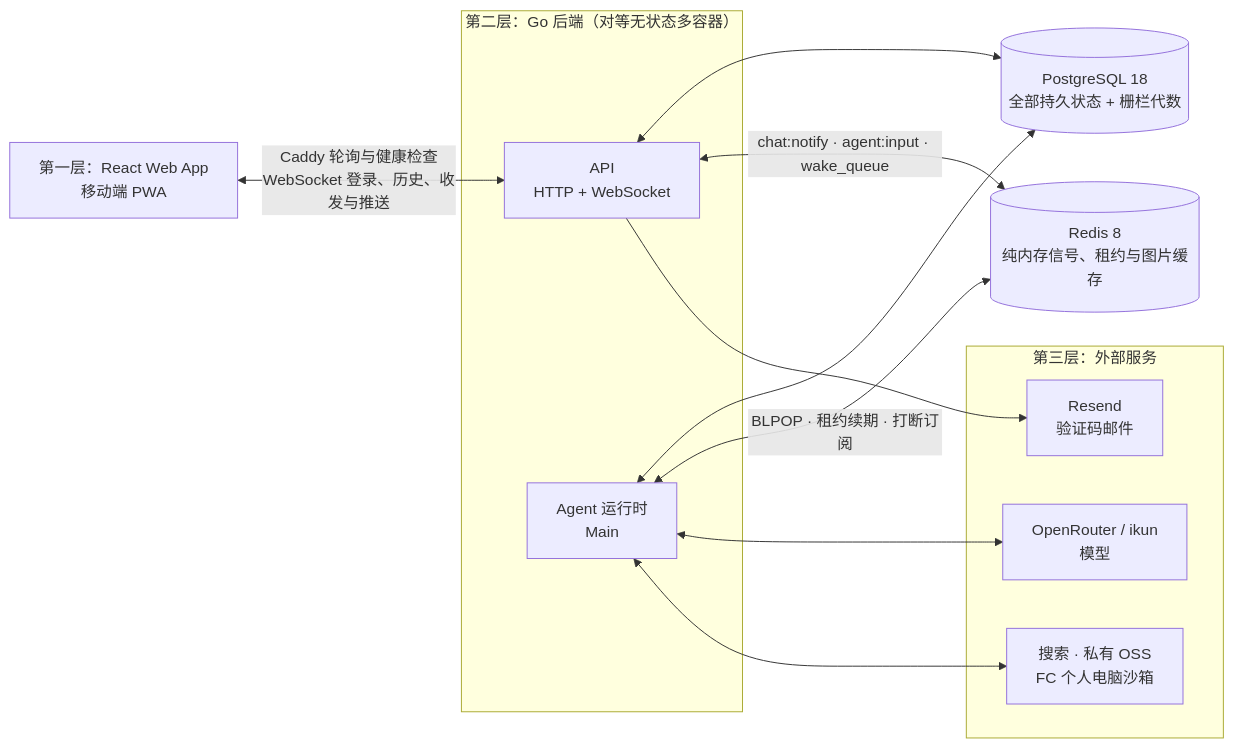
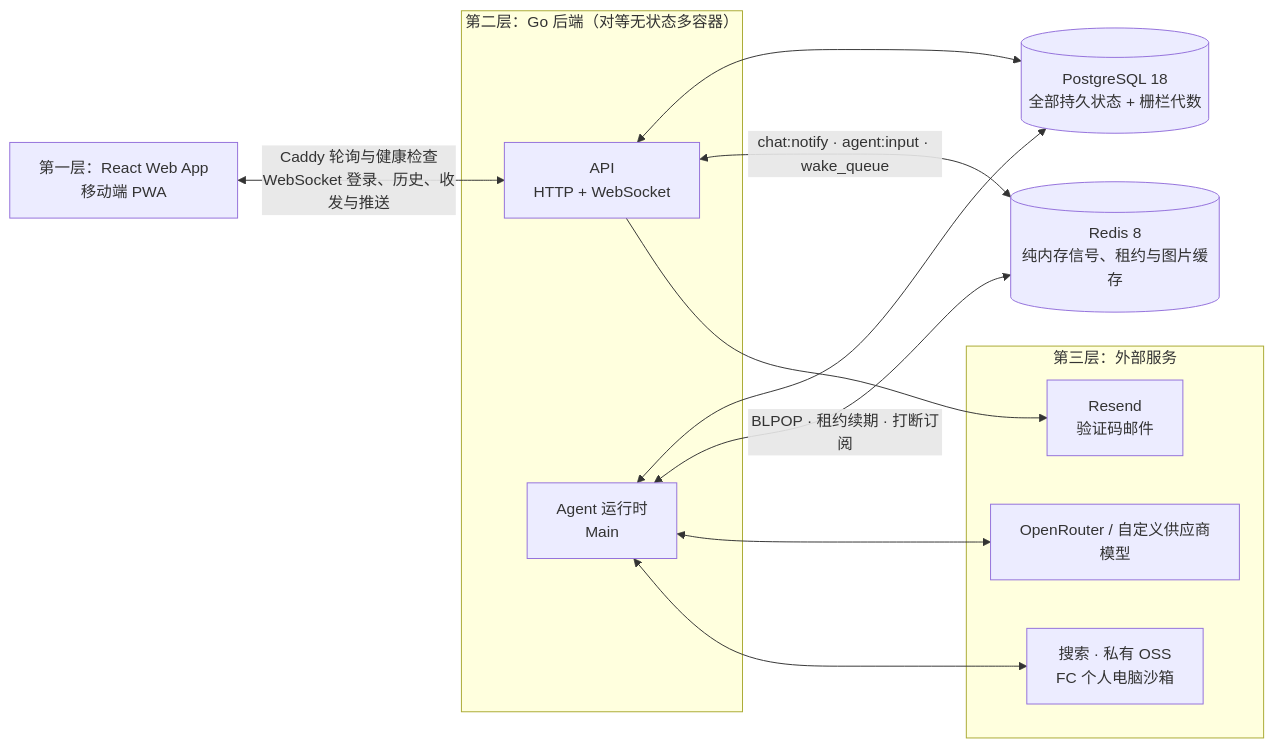
One commit to OmniNetOpensource/aether-personal changed the diagram in docs/wiki/01-overview.md. Above: the diagram before and after it, drawn with Mermaid. The commit also changed other lines of this file and 39 other files, not shown here.

````diff
--- a/docs/wiki/01-overview.md
+++ b/docs/wiki/01-overview.md
@@ -24,24 +24,24 @@
 ```mermaid
 flowchart LR
     APP["第一层：React Web App<br/>移动端 PWA"]
     subgraph BACKEND["第二层：Go 后端（对等无状态多容器）"]
         API["API<br/>HTTP + WebSocket"]
         RUNTIME["Agent 运行时<br/>Main"]
     end
     DB[("PostgreSQL 18<br/>全部持久状态 + 栅栏代数")]
     REDIS[("Redis 8<br/>纯内存信号、租约与图片缓存")]
     subgraph EXTERNAL["第三层：外部服务"]
-        OPENROUTER["OpenRouter / ikun<br/>模型"]
+        OPENROUTER["OpenRouter / 自定义供应商<br/>模型"]
         RESEND["Resend<br/>验证码邮件"]
         TOOLS["搜索 · 私有 OSS<br/>FC 个人电脑沙箱"]
     end
 
     APP <-->|"Caddy 轮询与健康检查<br/>WebSocket 登录、历史、收发与推送"| API
     API <--> DB
     RUNTIME <--> DB
     API <-->|"chat:notify · agent:input · wake_queue"| REDIS
     RUNTIME <-->|"BLPOP · 租约续期 · 打断订阅"| REDIS
     RUNTIME <--> OPENROUTER
     API --> RESEND
     RUNTIME <--> TOOLS
 ```
````
